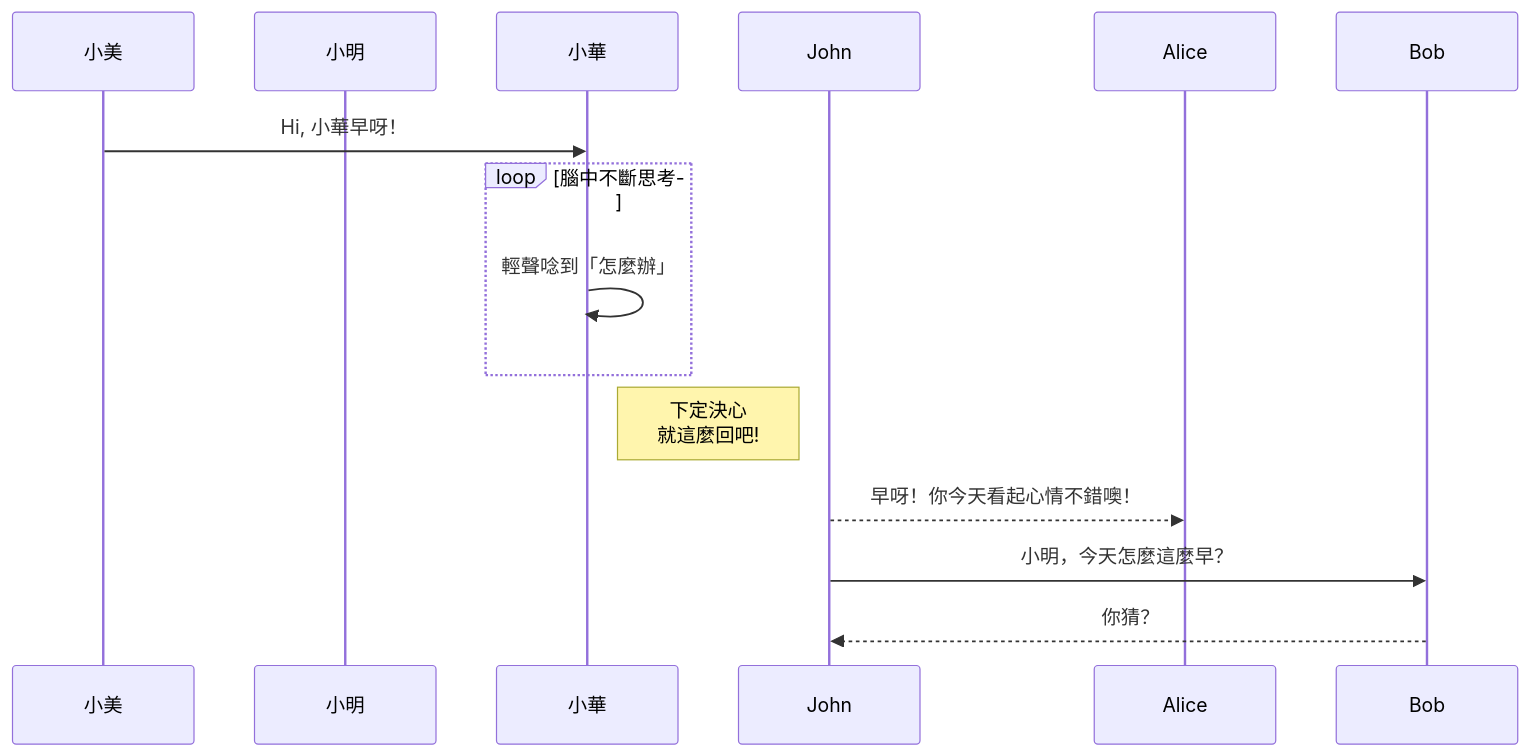
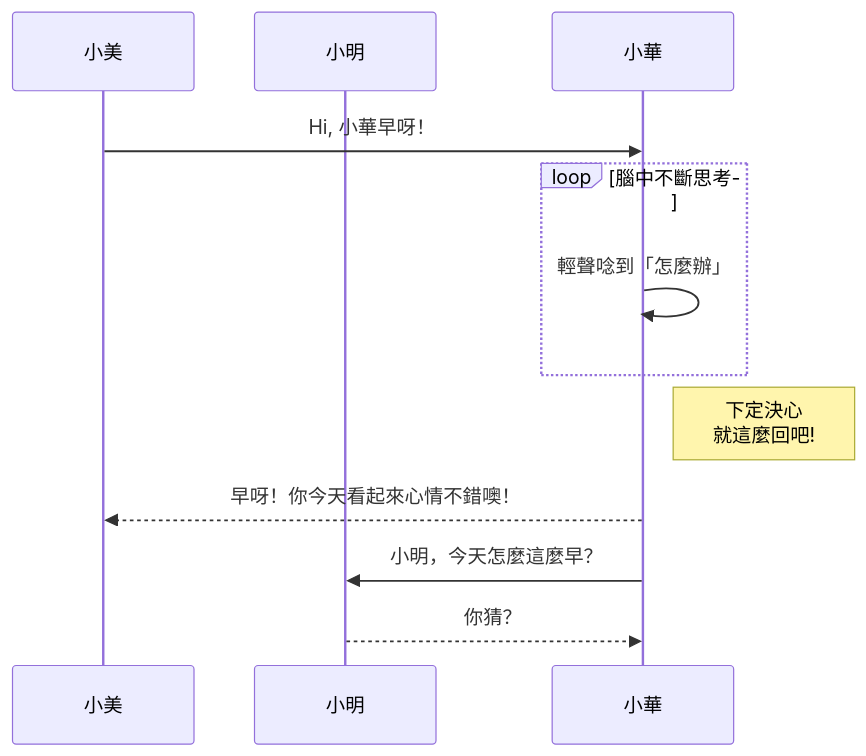
Before and after one commit to OmniXRI/mermaid: the second of 3 diagrams in README.md, drawn with Mermaid. The commit also changed other lines of this file, not shown here.

````diff
--- a/README.md
+++ b/README.md
@@ -36,13 +39,13 @@
 ```mermaid
 sequenceDiagram
     participant 小美
     participant 小明    
     小美->>小華: Hi, 小華早呀！
     loop 腦中不斷思考
         小華->>小華: 輕聲唸到「怎麼辦」
     end
     Note right of 小華: 下定決心 <br/>就這麼回吧!
-    John-->>Alice: 早呀！你今天看起心情不錯噢！
-    John->>Bob: 小明，今天怎麼這麼早？
-    Bob-->>John: 你猜？
+    小華-->>小美: 早呀！你今天看起來心情不錯噢！
+    小華->>小明: 小明，今天怎麼這麼早？
+    小明-->>小華: 你猜？
 ```
````
